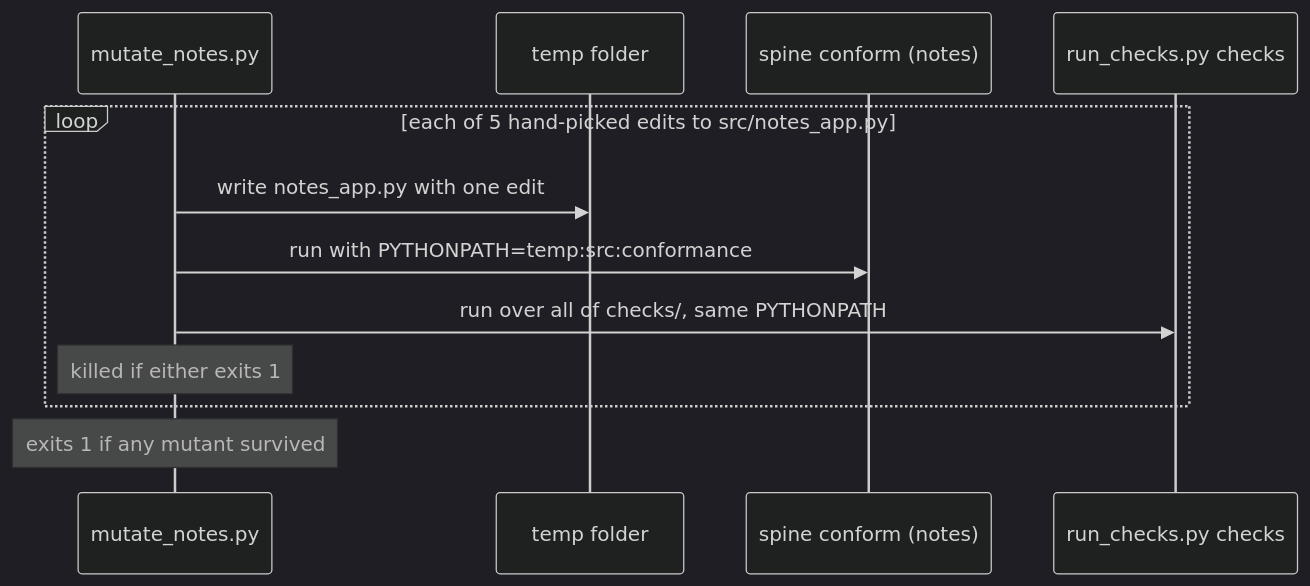
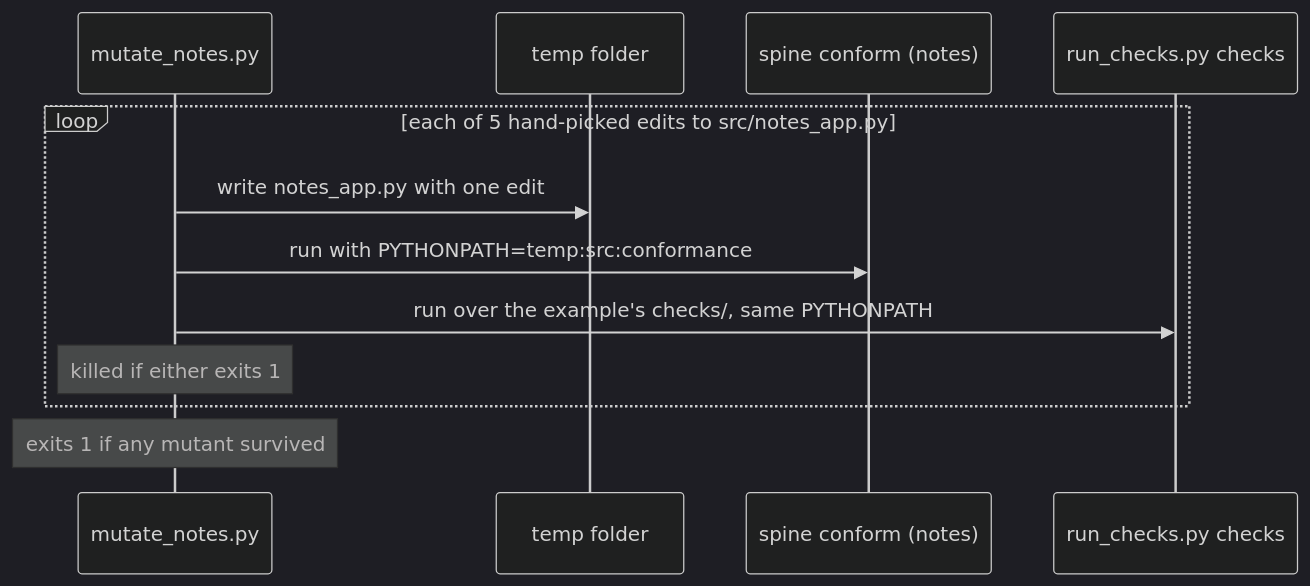
The fourth of 5 diagrams in docs/architecture.md (23min/verifier-kit), drawn with Mermaid (dark theme) before and after one commit. The commit also changed other lines of this file and 4 other files, not shown here.

First line of the commit message:
docs: describe the examples layout so readers find each example and how to run it

````diff
--- a/docs/architecture.md
+++ b/docs/architecture.md
@@ -125,14 +128,14 @@
 ```mermaid
 sequenceDiagram
   participant M as mutate_notes.py
   participant T as temp folder
   participant C as spine conform (notes)
   participant R as run_checks.py checks
   loop each of 5 hand-picked edits to src/notes_app.py
     M->>T: write notes_app.py with one edit
     M->>C: run with PYTHONPATH=temp:src:conformance
-    M->>R: run over all of checks/, same PYTHONPATH
+    M->>R: run over the example's checks/, same PYTHONPATH
     Note over M: killed if either exits 1
   end
   Note over M: exits 1 if any mutant survived
 ```
````
